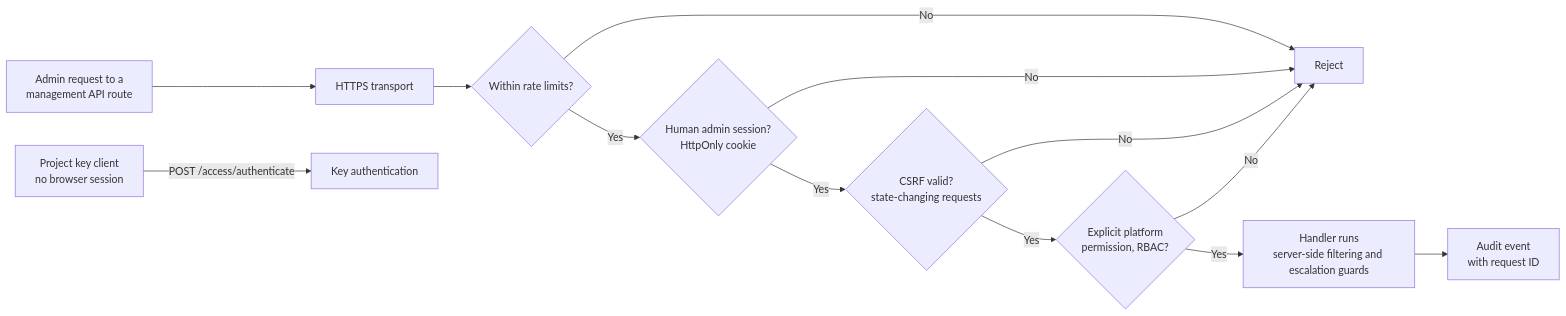
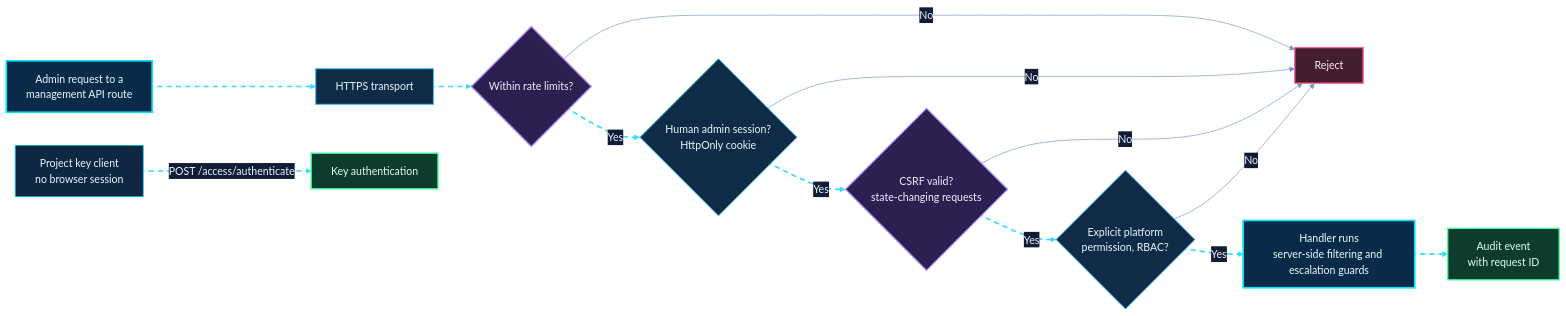
Before and after one commit to shajeduzzamanenan992008inc/NexOra-Database-key-Gen: diagram 17 of 23 in README.md, drawn with Mermaid. The commit also changed other lines of this file, not shown here.

````diff
--- a/README.md
+++ b/README.md
@@ -1149,15 +1404,36 @@
 ```mermaid
+%%{init: {"theme":"base","themeVariables":{"darkMode":true,"background":"#07111f","primaryColor":"#102744","primaryTextColor":"#e8f7ff","primaryBorderColor":"#00d9ff","lineColor":"#7297c8","secondaryColor":"#261d45","secondaryTextColor":"#f3eaff","secondaryBorderColor":"#a78bfa","tertiaryColor":"#12332b","tertiaryTextColor":"#e0fff1","tertiaryBorderColor":"#41e6a2","fontFamily":"Inter, Segoe UI, sans-serif","edgeLabelBackground":"#101d34","mainBkg":"#102744","nodeBorder":"#00d9ff","clusterBkg":"#0b1930","clusterBorder":"#6f7dff","actorBkg":"#102744","actorBorder":"#00d9ff","actorTextColor":"#e8f7ff","signalColor":"#64d8ff","signalTextColor":"#e8f7ff","noteBkgColor":"#0e332b","noteBorderColor":"#41e6a2","noteTextColor":"#e0fff1"}}}%%
 flowchart LR
-    R["Admin request to a<br/>management API route"] --> T["HTTPS transport"]
-    T --> L{"Within rate limits?"}
+    R["Admin request to a<br/>management API route"] nx13e01@--> T["HTTPS transport"]
+    T nx13e02@--> L{"Within rate limits?"}
     L -->|No| X["Reject"]
-    L -->|Yes| S{"Human admin session?<br/>HttpOnly cookie"}
+    L nx13e03@-->|Yes| S{"Human admin session?<br/>HttpOnly cookie"}
     S -->|No| X
-    S -->|Yes| C{"CSRF valid?<br/>state-changing requests"}
+    S nx13e04@-->|Yes| C{"CSRF valid?<br/>state-changing requests"}
     C -->|No| X
-    C -->|Yes| P{"Explicit platform<br/>permission, RBAC?"}
+    C nx13e05@-->|Yes| P{"Explicit platform<br/>permission, RBAC?"}
     P -->|No| X
-    P -->|Yes| H["Handler runs<br/>server-side filtering and escalation guards"]
-    H --> A["Audit event<br/>with request ID"]
-    K["Project key client<br/>no browser session"] -->|"POST /access/authenticate"| KA["Key authentication"]
+    P nx13e06@-->|Yes| H["Handler runs<br/>server-side filtering and escalation guards"]
+    H nx13e07@--> A["Audit event<br/>with request ID"]
+    K["Project key client<br/>no browser session"] nx13e08@-->|"POST /access/authenticate"| KA["Key authentication"]
+
+    %% OMEGA NEX-ORA visual classes
+    %% OMEGA NEX-ORA / ULTRA NEON PALETTE
+    classDef nxCore fill:#092b49,stroke:#00e5ff,stroke-width:2.5px,color:#e9fbff;
+    classDef nxProcess fill:#102b45,stroke:#3dbcf5,stroke-width:1.5px,color:#e9f6ff;
+    classDef nxDecision fill:#2b2050,stroke:#b38cff,stroke-width:2px,color:#f3edff;
+    classDef nxSuccess fill:#0d3b2c,stroke:#3fffa0,stroke-width:2px,color:#e0fff0;
+    classDef nxDanger fill:#451d30,stroke:#ff6688,stroke-width:2px,color:#fff0f3;
+    classDef nxData fill:#12352d,stroke:#63e6be,stroke-width:2px,color:#e1fff5;
+    classDef nxExternal fill:#2b2149,stroke:#c4a5ff,stroke-width:2px,color:#f3ecff;
+    classDef nxInfo fill:#17253e,stroke:#91a7c9,stroke-width:1.5px,color:#e5efff;
+    classDef nxWarning fill:#453116,stroke:#fbbf24,stroke-width:2px,color:#fff6d6;
+    %% Moving dashed route: Mermaid applies this class to explicitly identified edges.
+    classDef nxAnimated stroke:#35dcff,stroke-width:2.5px,stroke-dasharray:8\,6,stroke-dashoffset:1000,animation:dash 24s linear infinite;
+    class R,H nxCore;
+    class T,S,P nxProcess;
+    class L,C nxDecision;
+    class X nxDanger;
+    class A,KA nxSuccess;
+    class nx13e01,nx13e02,nx13e03,nx13e04,nx13e05,nx13e06,nx13e07,nx13e08 nxAnimated;
 ```
````
